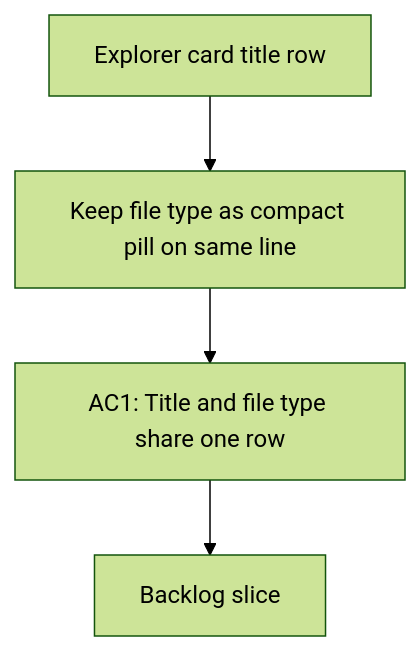
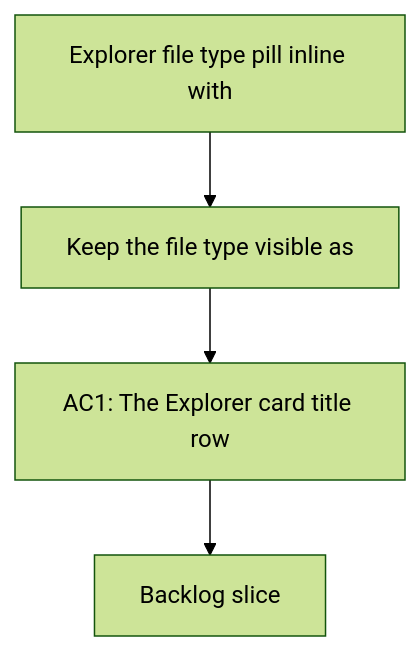
Before and after one commit to AlexAgo83/deepvault: the diagram in logics/request/req_009_explorer_file_type_pill_inline_with_title.md, drawn with Mermaid (forest theme). The commit also changed 57 other files, not shown here.

````diff
--- a/logics/request/req_009_explorer_file_type_pill_inline_with_title.md
+++ b/logics/request/req_009_explorer_file_type_pill_inline_with_title.md
@@ -23,8 +23,8 @@
 ```mermaid
 %% logics-kind: request
 %% logics-signature: request|explorer-file-type-pill-inline-with-docu|keep-the-file-type-visible-as|ac1-the-explorer-card-title-row
 flowchart TD
-    Trigger[Explorer card title row] --> Need[Keep file type as compact pill on same line]
-    Need --> Outcome[AC1: Title and file type share one row]
+    Trigger[Explorer file type pill inline with] --> Need[Keep the file type visible as]
+    Need --> Outcome[AC1: The Explorer card title row]
     Outcome --> Backlog[Backlog slice]
 ```
````
